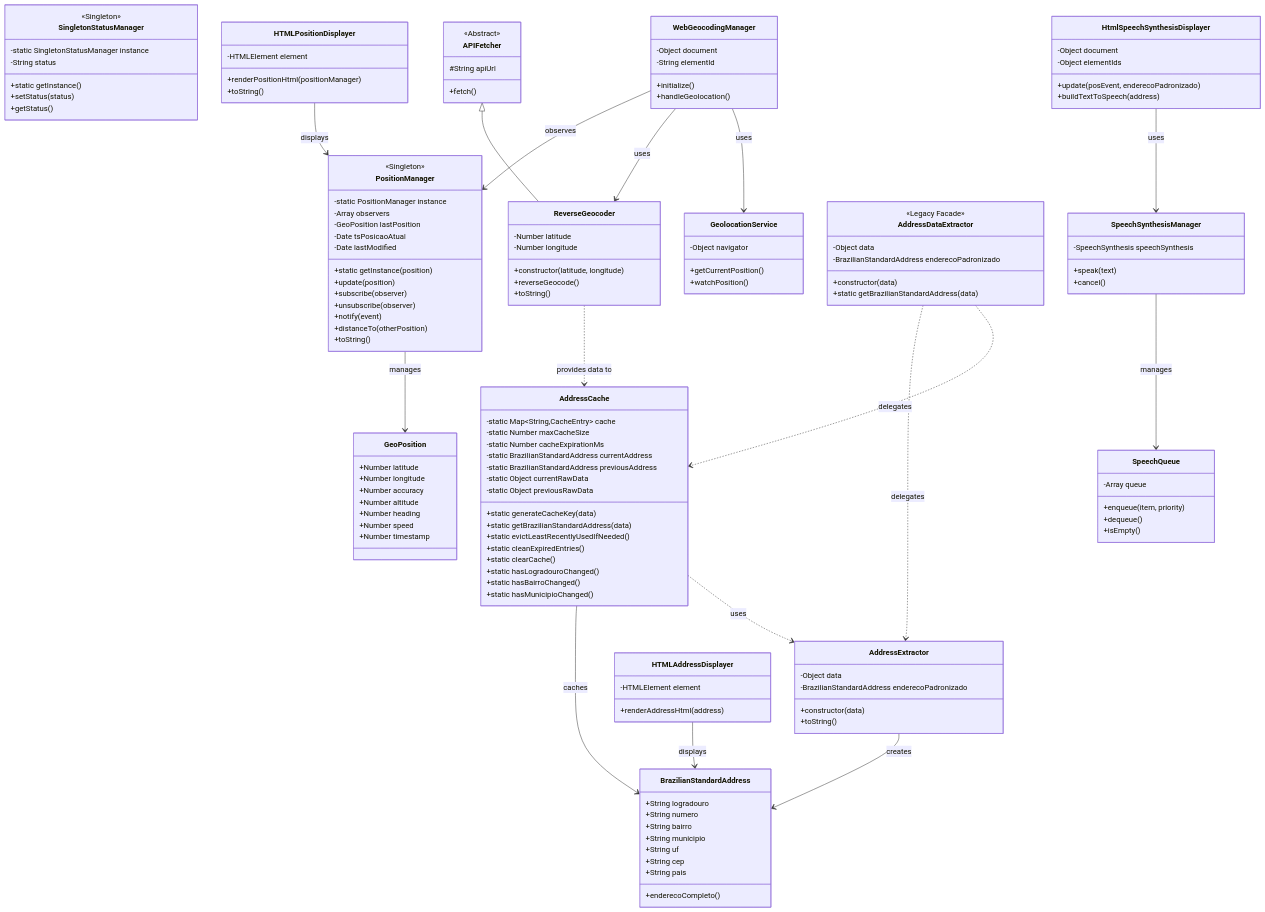
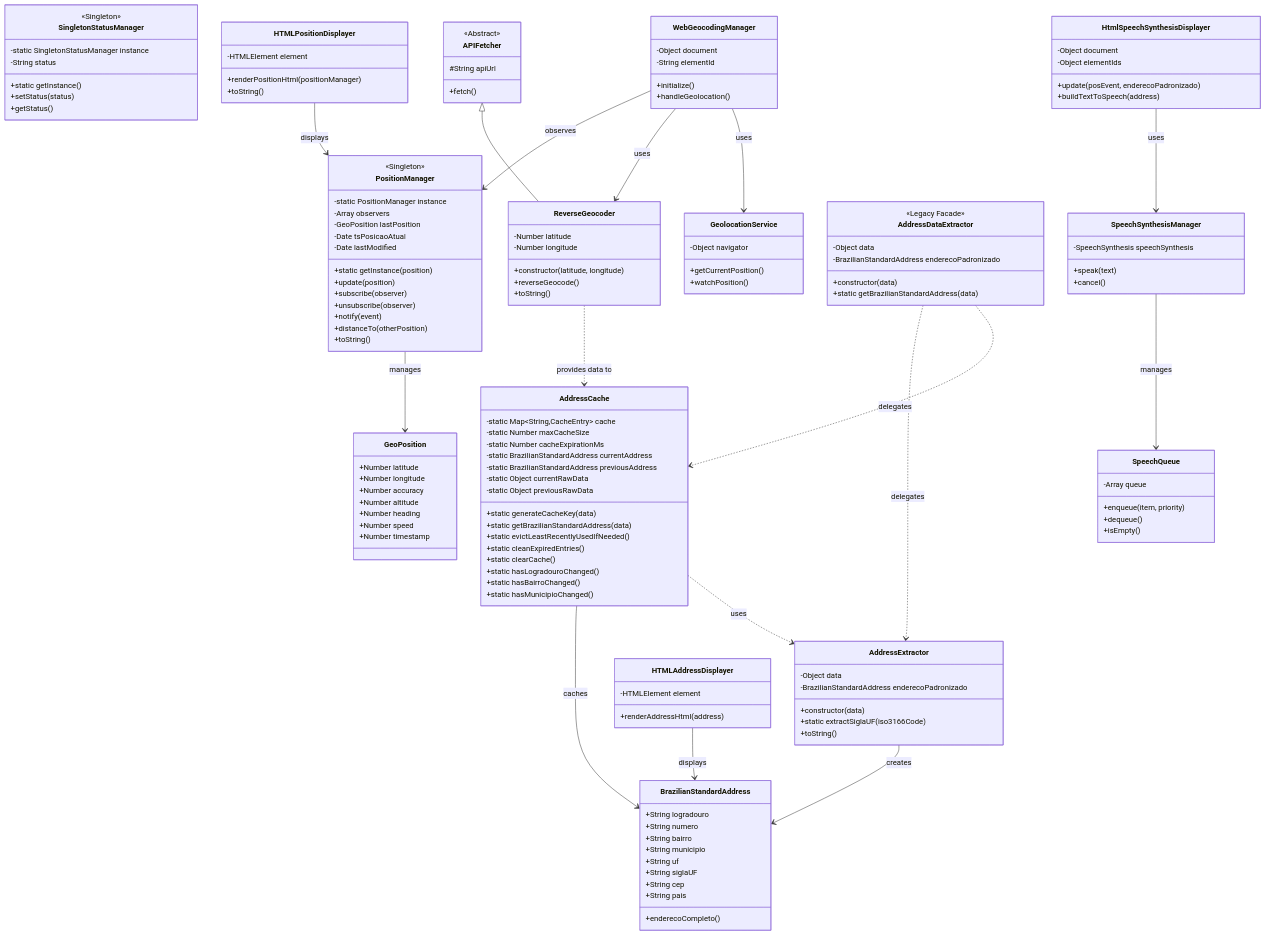
One commit to mpbarbosa/guia.js changed the second of 2 diagrams in docs/CLASS_DIAGRAM.md. Above: the diagram before and after it, drawn with Mermaid. The commit also changed other lines of this file and 2 other files, not shown here.

Commit message:
docs: Add siglaUF property documentation to BrazilianStandardAddress and AddressExtractor

```diff
--- a/docs/CLASS_DIAGRAM.md
+++ b/docs/CLASS_DIAGRAM.md
@@ -219,6 +223,7 @@
         +String bairro
         +String municipio
         +String uf
+        +String siglaUF
         +String cep
         +String pais
         +enderecoCompleto()
@@ -228,6 +233,7 @@
         -Object data
         -BrazilianStandardAddress enderecoPadronizado
         +constructor(data)
+        +static extractSiglaUF(iso3166Code)
         +toString()
     }
     
```
